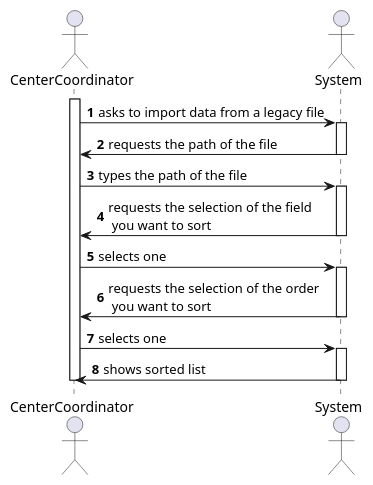
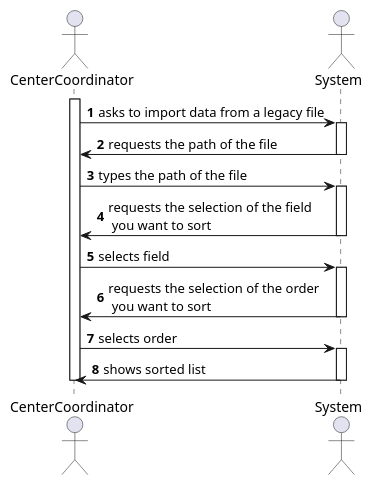
One commit to Pirussa/lei-22-s2-1da-g02 changed the diagram in docs/SprintD/US017/US017_SSD.puml. Above: the diagram before and after it, drawn with PlantUML. The commit also changed 4 other files, not shown here.

Commit message:
US17 - ESOFT - Fixing SD and other diagrams.

```diff
--- a/docs/SprintD/US017/US017_SSD.puml
+++ b/docs/SprintD/US017/US017_SSD.puml
@@ -1,35 +1,35 @@
 @startuml
 'https://plantuml.com/sequence-diagram
 
 autonumber
 actor "CenterCoordinator" as CC
 actor "System" as SY
 
 activate CC
 CC -> SY: asks to import data from a legacy file
 
 activate SY
 SY -> CC: requests the path of the file
 deactivate SY
 
 CC -> SY: types the path of the file
 
 activate SY
 SY -> CC: requests the selection of the field \n you want to sort
 deactivate SY
 
-CC -> SY: selects one
+CC -> SY: selects field
 
 activate SY
 SY -> CC: requests the selection of the order \n you want to sort
 deactivate SY
 
-CC -> SY: selects one
+CC -> SY: selects order
 
 activate SY
 SY -> CC: shows sorted list
 deactivate SY
 
 deactivate CC
 
 @enduml
```
